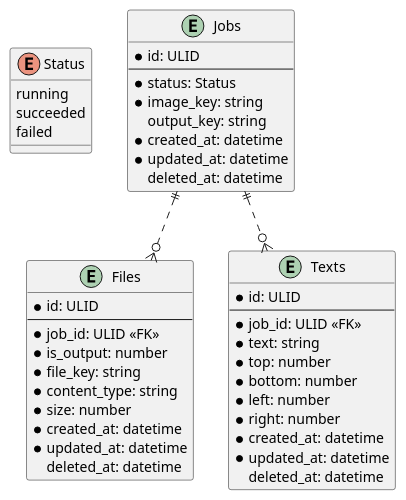
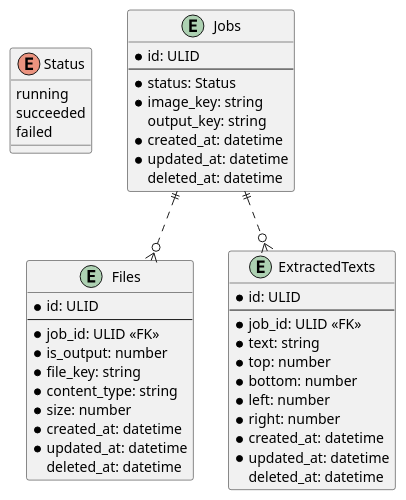
Before and after one commit to ijufumi/google-vision-sample: the diagram in backend/docs/db/tables.puml, drawn with PlantUML. The commit also changed 2 other files, not shown here.

```diff
--- a/backend/docs/db/tables.puml
+++ b/backend/docs/db/tables.puml
@@ -1,50 +1,50 @@
 @startuml
 
 enum Status {
   running
   succeeded
   failed
 }
 
 entity Jobs {
   * id: ULID
   --
   * status: Status
   * image_key: string
     output_key: string
   * created_at: datetime
   * updated_at: datetime
     deleted_at: datetime
 }
 
 entity Files {
   * id: ULID
   --
   * job_id: ULID <<FK>>
   * is_output: number
   * file_key: string
   * content_type: string
   * size: number
   * created_at: datetime
   * updated_at: datetime
     deleted_at: datetime
 }
 
-entity Texts {
+entity ExtractedTexts {
   * id: ULID
   --
   * job_id: ULID <<FK>>
   * text: string
   * top: number
   * bottom: number
   * left: number
   * right: number
   * created_at: datetime
   * updated_at: datetime
     deleted_at: datetime
 }
 
-Jobs ||..o{ Texts
+Jobs ||..o{ ExtractedTexts
 Jobs ||..o{ Files
 
 @enduml
```
